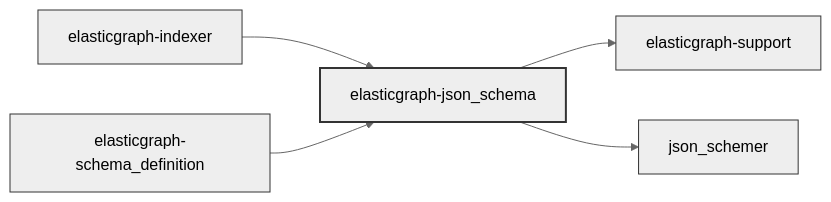
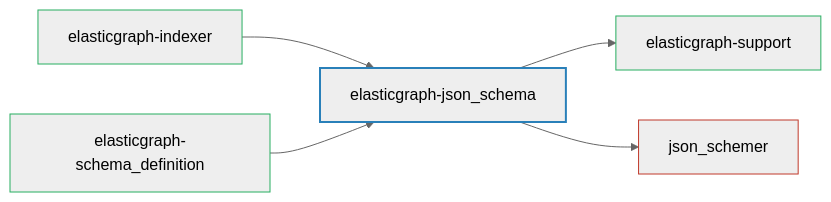
Before and after one commit to block/elasticgraph: the diagram in elasticgraph-json_schema/README.md, drawn with Mermaid (neutral theme). The commit also changed 21 other files, not shown here.

````diff
--- a/elasticgraph-json_schema/README.md
+++ b/elasticgraph-json_schema/README.md
@@ -7,16 +7,17 @@
 ```mermaid
 graph LR;
+    elasticgraph-json_schema["elasticgraph-json_schema"];
+    elasticgraph-support["elasticgraph-support"];
     elasticgraph-json_schema --> elasticgraph-support;
+    json_schemer["json_schemer"];
     elasticgraph-json_schema --> json_schemer;
+    elasticgraph-indexer["elasticgraph-indexer"];
     elasticgraph-indexer --> elasticgraph-json_schema;
+    elasticgraph-schema_definition["elasticgraph-schema_definition"];
     elasticgraph-schema_definition --> elasticgraph-json_schema;
-    classDef currentGemStyle fill:#lightblue,stroke:#333,stroke-width:2px;
-    classDef internalEgGemStyle fill:#lightgreen,stroke:#333,stroke-width:1px;
-    classDef externalGemStyle fill:#lightcoral,stroke:#333,stroke-width:1px;
-    classDef placeholderNodeStyle fill:#eee,stroke:#333,stroke-width:1px;
-    class elasticgraph-json_schema currentGemStyle;
-    class elasticgraph-support internalEgGemStyle;
-    class json_schemer externalGemStyle;
-    class elasticgraph-indexer internalEgGemStyle;
-    class elasticgraph-schema_definition internalEgGemStyle;
+    style elasticgraph-json_schema fill:#lightblue,stroke:#2980b9,stroke-width:2px,color:#000;
+    style elasticgraph-support fill:#lightgreen,stroke:#27ae60,stroke-width:1px,color:#000;
+    style json_schemer fill:#lightcoral,stroke:#c0392b,stroke-width:1px,color:#000;
+    style elasticgraph-indexer fill:#lightgreen,stroke:#27ae60,stroke-width:1px,color:#000;
+    style elasticgraph-schema_definition fill:#lightgreen,stroke:#27ae60,stroke-width:1px,color:#000;
 ```
````
